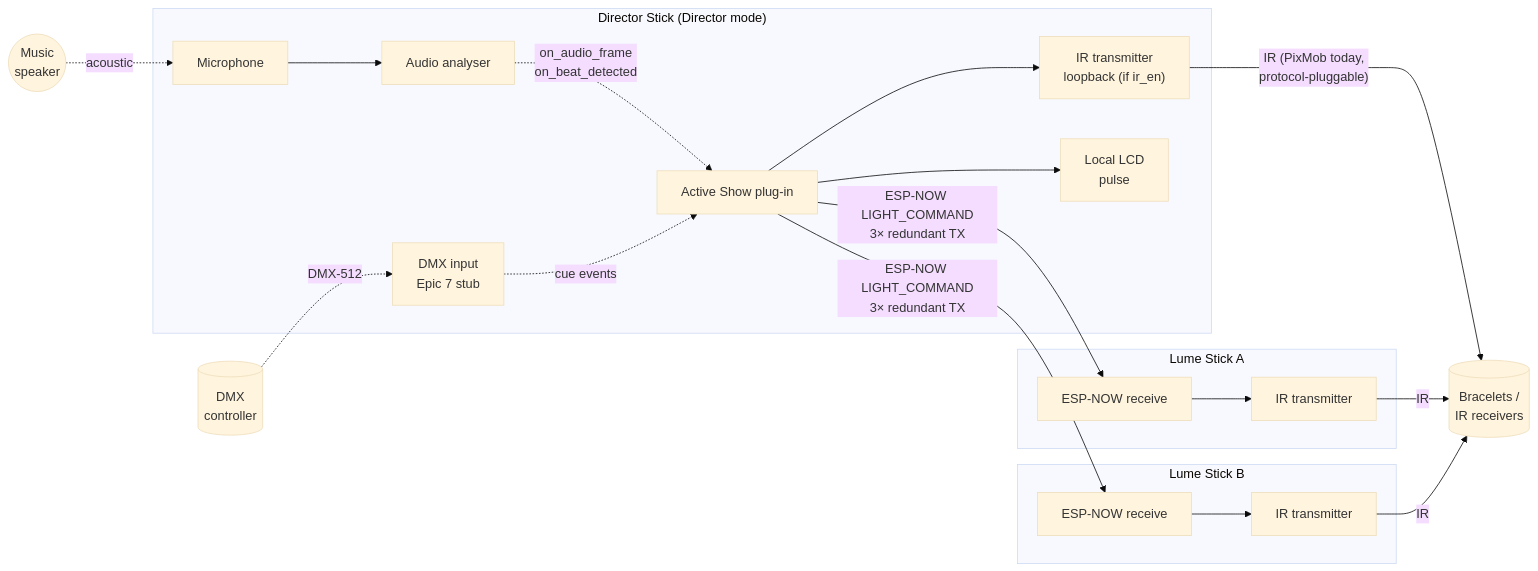
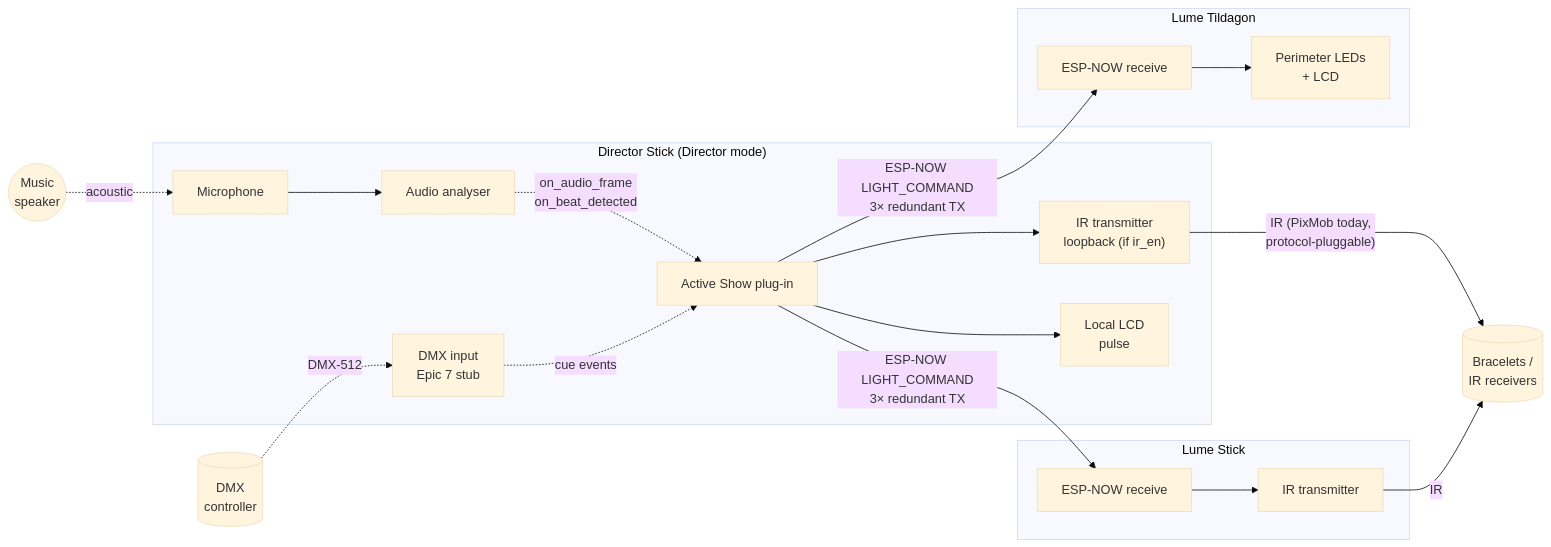
Before and after one commit to ratcliffej/nocturnation-stickc: the first of 10 diagrams in docs/manuals/flow-diagrams.md, drawn with Mermaid (base theme). The commit also changed other lines of this file, not shown here.

Commit message:
Flow diagrams §1: show a Lume without IR (Tildagon)
The previous topology drew both example Lumes as ESP-NOW-receive → IR-
transmitter, which implied every Lume always re-fires IR. In reality
the Lume Tildagon has no IR transmitter — it renders the LIGHT_COMMAND
on its own perimeter LEDs and LCD and terminates the chain.

Lume Stick B replaced with Lume Tildagon (ESP-NOW receive → perimeter
LEDs + LCD, no link to the bracelet/IR-receiver tier). Notes expanded
to explain that a Lume's outputs depend on its hardware, and that the
Lume-as-repeater toggle only applies to Lumes with an ESP-NOW
transmitter.

````diff
--- a/docs/manuals/flow-diagrams.md
+++ b/docs/manuals/flow-diagrams.md
@@ -34,42 +34,41 @@
 ```mermaid
 flowchart LR
     Audio((Music<br/>speaker))
     DMX[(DMX<br/>controller)]
 
     subgraph Director["Director Stick (Director mode)"]
         MMic[Microphone]
         MAnalyser[Audio analyser]
         MDMX[DMX input<br/>Epic 7 stub]
         MShow[Active Show plug-in]
         MIR["IR transmitter<br/>loopback (if ir_en)"]
         MLCD[Local LCD<br/>pulse]
         MMic --> MAnalyser
         MAnalyser -. on_audio_frame<br/>on_beat_detected .-> MShow
         MDMX -. cue events .-> MShow
         MShow --> MIR
         MShow --> MLCD
     end
 
-    subgraph Lume1["Lume Stick A"]
+    subgraph Lume1["Lume Stick"]
         L1Recv[ESP-NOW receive]
         L1IR[IR transmitter]
         L1Recv --> L1IR
     end
 
-    subgraph Lume2["Lume Stick B"]
+    subgraph Lume2["Lume Tildagon"]
         L2Recv[ESP-NOW receive]
-        L2IR[IR transmitter]
-        L2Recv --> L2IR
+        L2Out[Perimeter LEDs<br/>+ LCD]
+        L2Recv --> L2Out
     end
 
     Receivers[(Bracelets /<br/>IR receivers)]
 
     Audio -. acoustic .-> MMic
     DMX -. DMX-512 .-> MDMX
     MShow -- "ESP-NOW LIGHT_COMMAND<br/>3× redundant TX" --> L1Recv
     MShow -- "ESP-NOW LIGHT_COMMAND<br/>3× redundant TX" --> L2Recv
 
     MIR -- "IR (PixMob today,<br/>protocol-pluggable)" --> Receivers
     L1IR -- IR --> Receivers
-    L2IR -- IR --> Receivers
 ```
````
